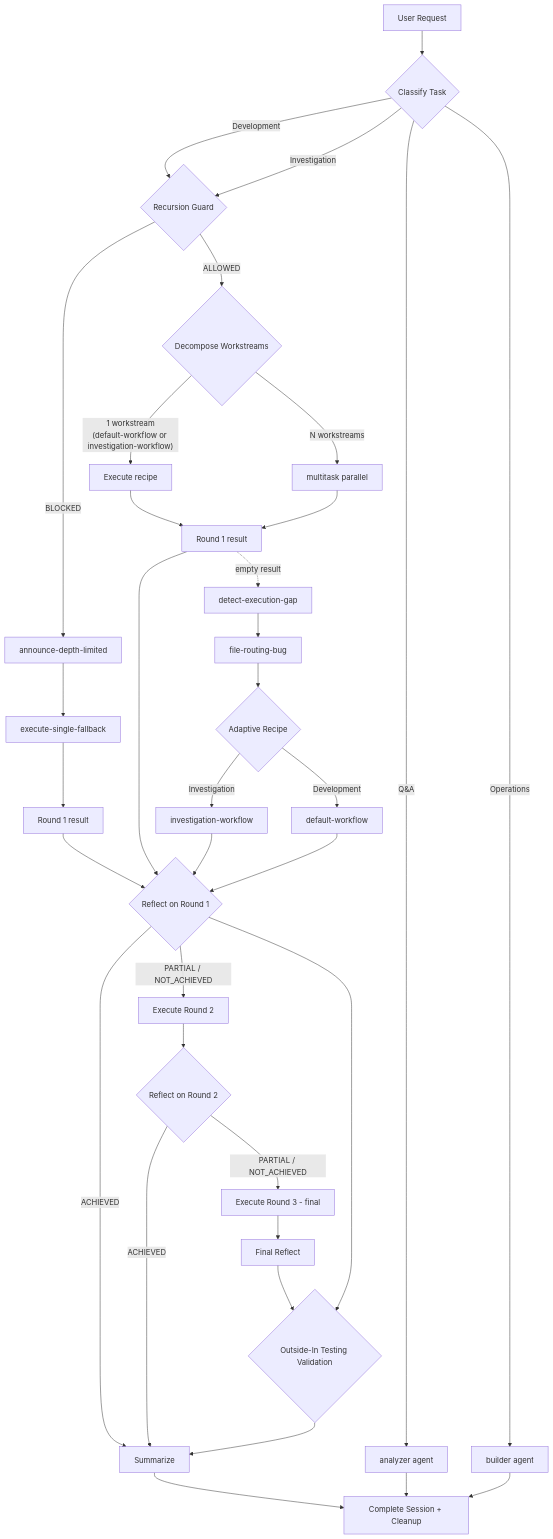
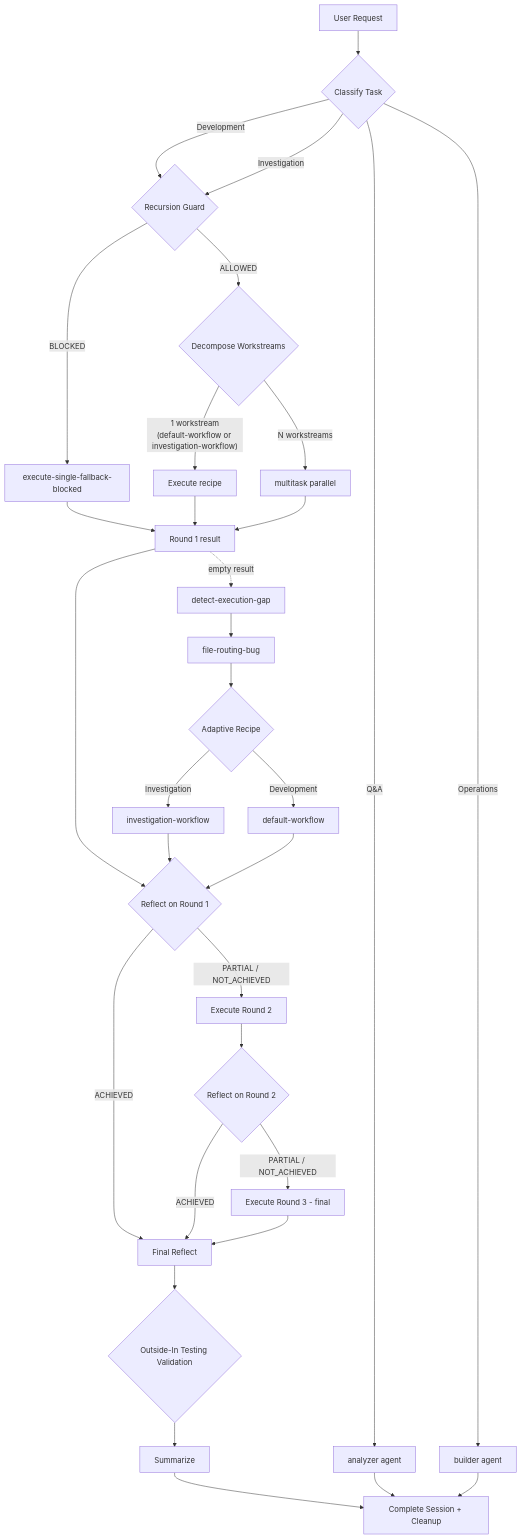
One commit to rysweet/amplihack changed the diagram in .claude/skills/dev-orchestrator/SKILL.md. Above: the diagram before and after it, drawn with Mermaid. The commit also changed 3 other files, not shown here.

````diff
--- a/.claude/skills/dev-orchestrator/SKILL.md
+++ b/.claude/skills/dev-orchestrator/SKILL.md
@@ -28,44 +28,40 @@
 ```mermaid
 flowchart TD
     A[User Request] --> B{Classify Task}
     B -->|Q&A| C[analyzer agent]
     B -->|Operations| D[builder agent]
     B -->|Development| E{Recursion Guard}
     B -->|Investigation| E
 
-    E -->|BLOCKED| F[announce-depth-limited]
-    F --> G[execute-single-fallback]
-    G --> R1_BLOCKED[Round 1 result]
+    E -->|BLOCKED| G[execute-single-fallback-blocked]
+    G --> R1[Round 1 result]
 
     E -->|ALLOWED| H{Decompose Workstreams}
     H -->|"1 workstream<br/>(default-workflow or investigation-workflow)"| I[Execute recipe]
     H -->|N workstreams| J[multitask parallel]
-    I --> R1[Round 1 result]
+    I --> R1
     J --> R1
 
-    R1_BLOCKED --> REFLECT
     R1 --> REFLECT{Reflect on Round 1}
-    REFLECT -->|ACHIEVED| SUM[Summarize]
+    REFLECT -->|ACHIEVED| REFLECT_FINAL
     REFLECT -->|PARTIAL / NOT_ACHIEVED| K[Execute Round 2]
     K --> REFLECT2{Reflect on Round 2}
-    REFLECT2 -->|ACHIEVED| SUM
+    REFLECT2 -->|ACHIEVED| REFLECT_FINAL
     REFLECT2 -->|PARTIAL / NOT_ACHIEVED| L[Execute Round 3 - final]
     L --> REFLECT_FINAL[Final Reflect]
     REFLECT_FINAL --> VAL{Outside-In Testing Validation}
-    REFLECT --> VAL
-
-    VAL --> SUM
+    VAL --> SUM[Summarize]
     SUM --> DONE[Complete Session + Cleanup]
 
     %% Adaptive error recovery path
     R1 -.->|empty result| DET[detect-execution-gap]
     DET --> FILE_BUG[file-routing-bug]
     FILE_BUG --> ADAPT{Adaptive Recipe}
     ADAPT -->|Investigation| INV_RECIPE[investigation-workflow]
     ADAPT -->|Development| DEV_RECIPE[default-workflow]
     INV_RECIPE --> REFLECT
     DEV_RECIPE --> REFLECT
 
     C --> DONE
     D --> DONE
 ```
````
